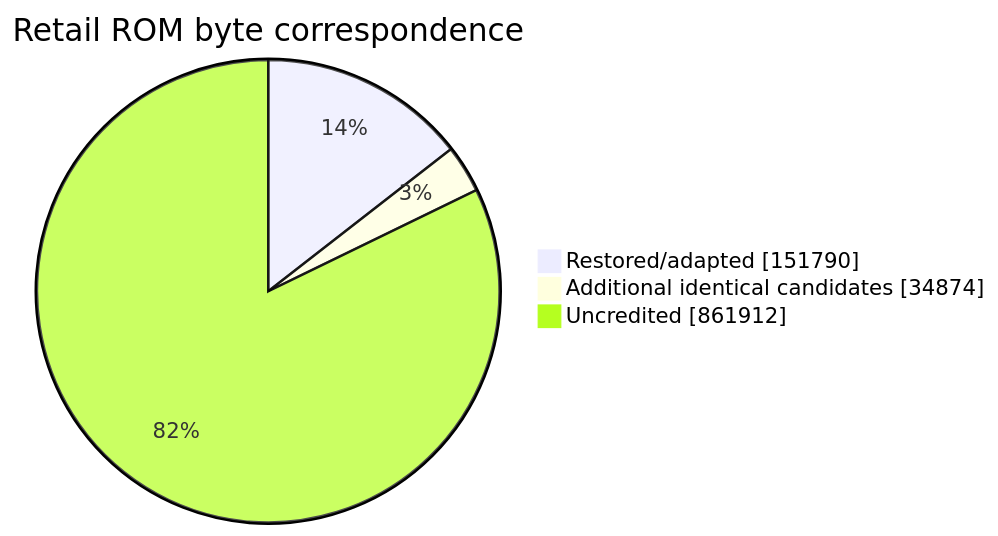
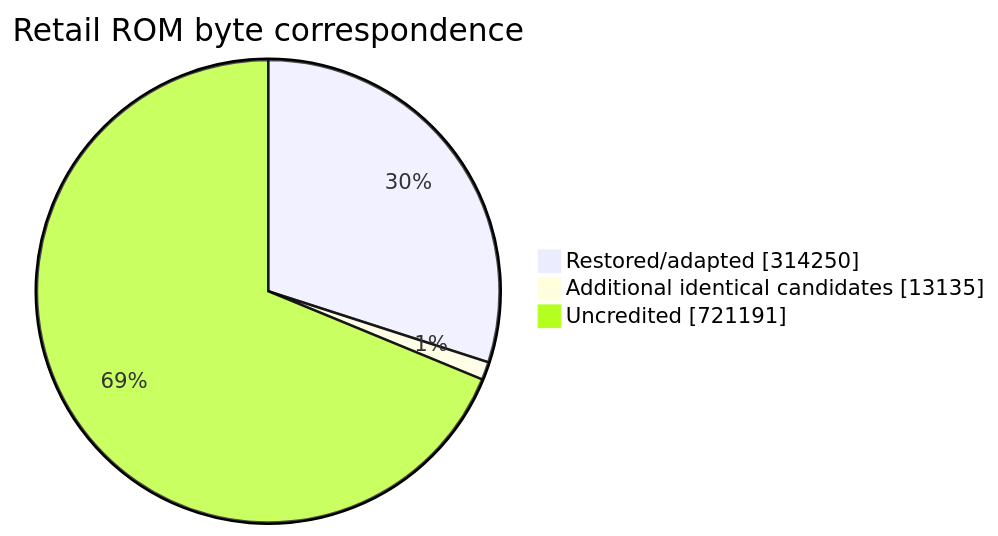
The second of 2 diagrams in readme.md (NachtRaveVL/stuntracefx), drawn with Mermaid before and after one commit. The commit also changed other lines of this file and 119 other files, not shown here.

````diff
--- a/readme.md
+++ b/readme.md
@@ -106,7 +110,7 @@
 ```mermaid
 pie showData
     title Retail ROM byte correspondence
-    "Restored/adapted" : 151790
-    "Additional identical candidates" : 34874
-    "Uncredited" : 861912
+    "Restored/adapted" : 314250
+    "Additional identical candidates" : 13135
+    "Uncredited" : 721191
 ```
````
